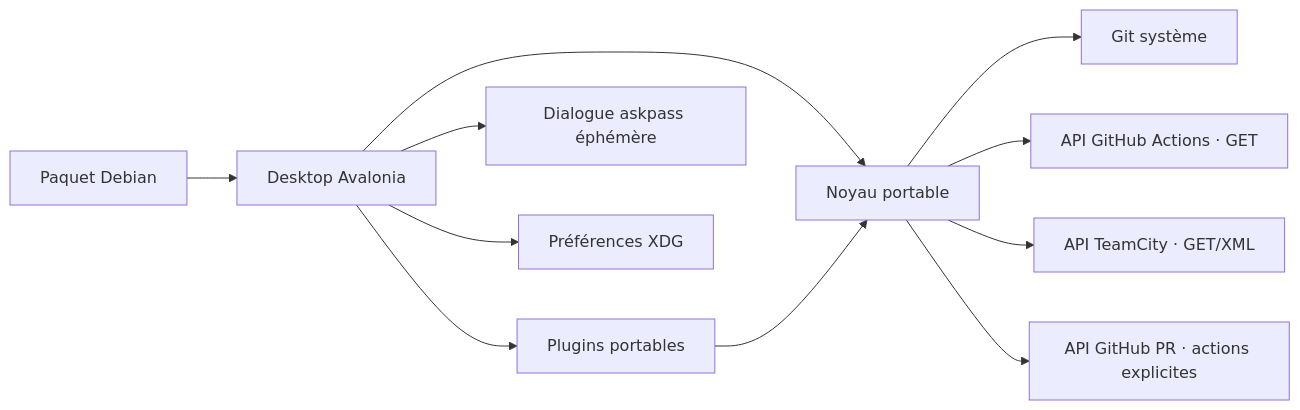
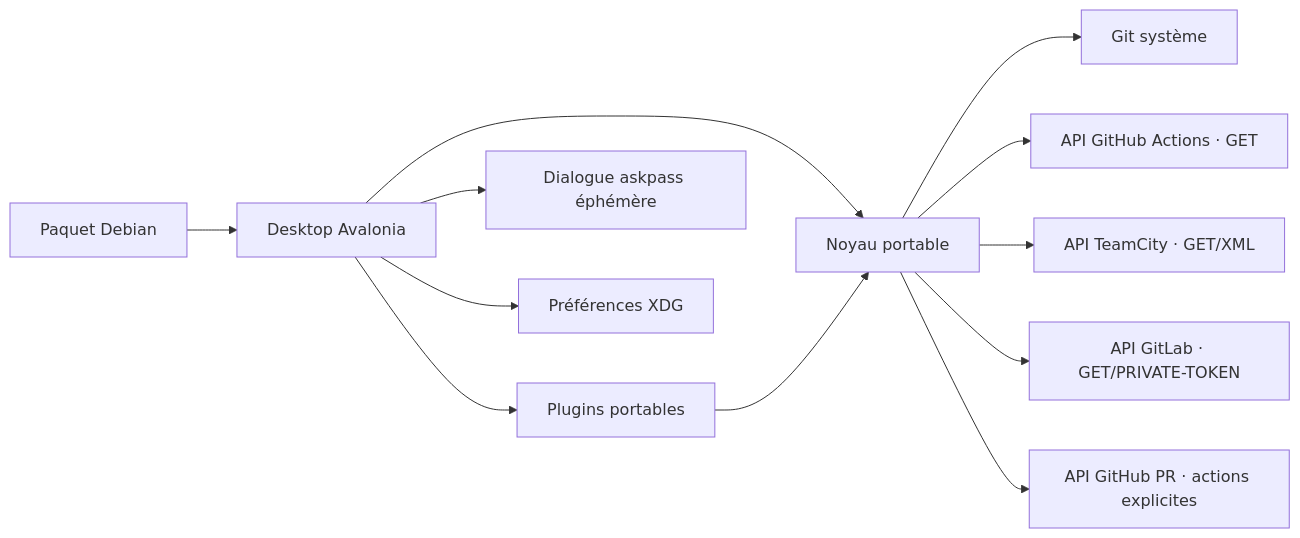
One commit to Azreal42/gitextensions changed the second of 2 diagrams in .agents/docs/c4.md. Above: the diagram before and after it, drawn with Mermaid. The commit also changed other lines of this file and 10 other files, not shown here.

Commit message:
docs(linux): record GitLab migration validation and package

````diff
--- a/.agents/docs/c4.md
+++ b/.agents/docs/c4.md
@@ -19,13 +19,14 @@
 ```mermaid
 flowchart LR
   UI[Desktop Avalonia] --> CORE[Noyau portable]
   CORE --> CLI[Git système]
   CORE --> ACTIONS[API GitHub Actions · GET]
   CORE --> TEAMCITY[API TeamCity · GET/XML]
+  CORE --> GITLAB[API GitLab · GET/PRIVATE-TOKEN]
   CORE --> HOSTING[API GitHub PR · actions explicites]
   UI --> PLUGINS[Plugins portables]
   PLUGINS --> CORE
   UI --> AUTH[Dialogue askpass éphémère]
   UI --> XDG[Préférences XDG]
   DEB[Paquet Debian] --> UI
 ```
````
